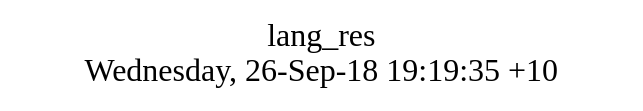
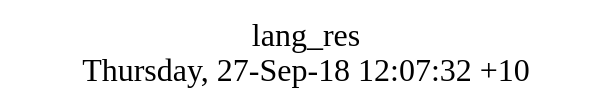
Before and after one commit to AplaProject/apps: the diagram in src/lang_res/struct.dot, drawn with Graphviz. The commit also changed 7 other files, not shown here.

```diff
--- a/src/lang_res/struct.dot
+++ b/src/lang_res/struct.dot
@@ -1,8 +1,8 @@
 digraph G {
 fontsize="24";
-label="lang_res\nWednesday, 26-Sep-18 19:19:35 +10";
+label="lang_res\nThursday, 27-Sep-18 12:07:32 +10";
 nojustify=true;
 ordering=out;
 rankdir=LR;
 size="30";
 }
```
